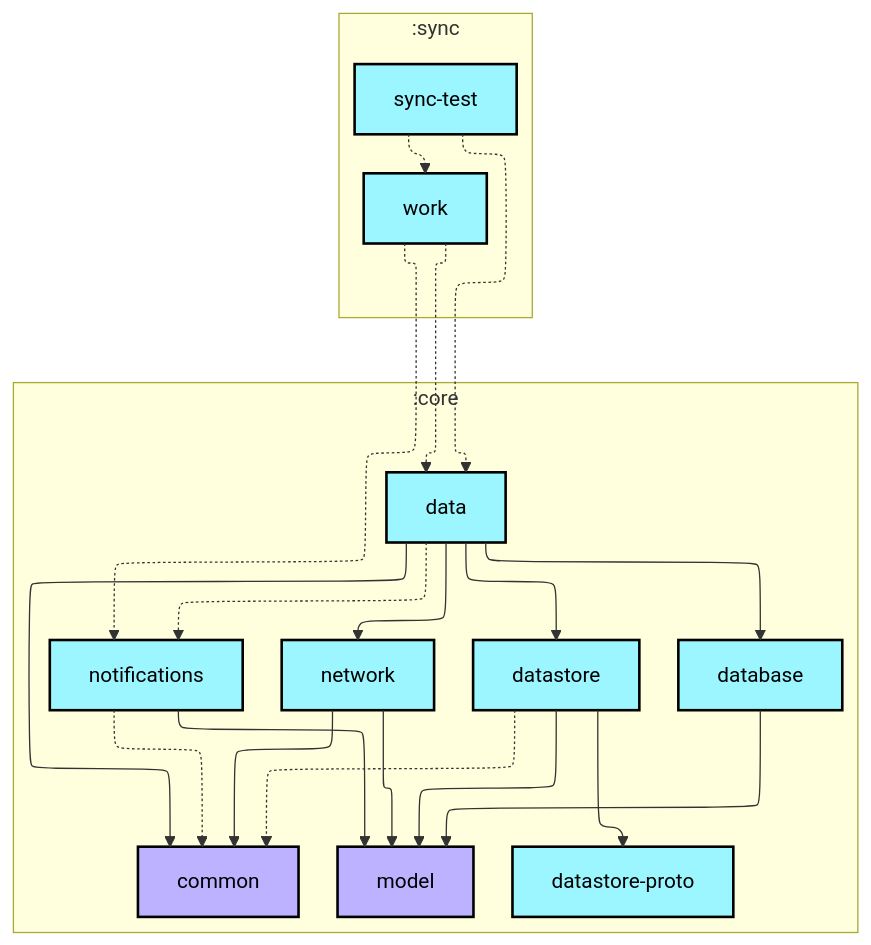
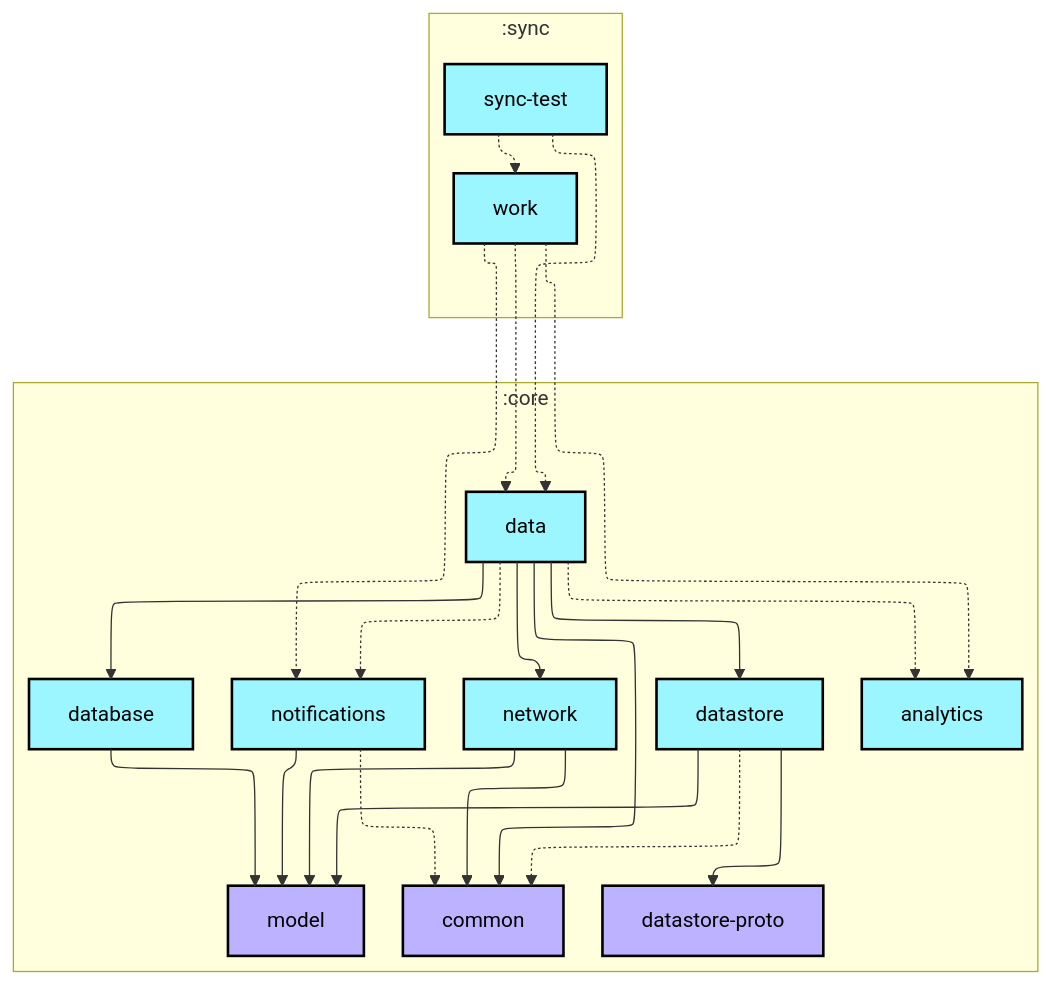
The first of 2 diagrams in sync/sync-test/README.md (AshishMK/JetUpdates), drawn with Mermaid before and after one commit. The commit also changed 301 other files, not shown here.

````diff
--- a/sync/sync-test/README.md
+++ b/sync/sync-test/README.md
@@ -6,50 +6,53 @@
 ```mermaid
 ---
 config:
   layout: elk
   elk:
     nodePlacementStrategy: SIMPLE
 ---
 graph TB
-  subgraph :core
-    direction TB
-    :core:common[common]:::jvm-library
-    :core:data[data]:::android-library
-    :core:database[database]:::android-library
-    :core:datastore[datastore]:::android-library
-    :core:datastore-proto[datastore-proto]:::android-library
-    :core:model[model]:::jvm-library
-    :core:network[network]:::android-library
-    :core:notifications[notifications]:::android-library
-  end
   subgraph :sync
     direction TB
     :sync:sync-test[sync-test]:::android-library
     :sync:work[work]:::android-library
   end
+  subgraph :core
+    direction TB
+    :core:analytics[analytics]:::android-library
+    :core:common[common]:::jvm-library
+    :core:data[data]:::android-library
+    :core:database[database]:::android-library
+    :core:datastore[datastore]:::android-library
+    :core:datastore-proto[datastore-proto]:::jvm-library
+    :core:model[model]:::jvm-library
+    :core:network[network]:::android-library
+    :core:notifications[notifications]:::android-library
+  end
 
+  :core:data -.-> :core:analytics
   :core:data --> :core:common
   :core:data --> :core:database
   :core:data --> :core:datastore
   :core:data --> :core:network
   :core:data -.-> :core:notifications
   :core:database --> :core:model
   :core:datastore -.-> :core:common
   :core:datastore --> :core:datastore-proto
   :core:datastore --> :core:model
   :core:network --> :core:common
   :core:network --> :core:model
   :core:notifications -.-> :core:common
   :core:notifications --> :core:model
   :sync:sync-test -.-> :core:data
   :sync:sync-test -.-> :sync:work
+  :sync:work -.-> :core:analytics
   :sync:work -.-> :core:data
   :sync:work -.-> :core:notifications
 
 classDef android-application fill:#CAFFBF,stroke:#000,stroke-width:2px,color:#000;
 classDef android-feature fill:#FFD6A5,stroke:#000,stroke-width:2px,color:#000;
 classDef android-library fill:#9BF6FF,stroke:#000,stroke-width:2px,color:#000;
 classDef android-test fill:#A0C4FF,stroke:#000,stroke-width:2px,color:#000;
 classDef jvm-library fill:#BDB2FF,stroke:#000,stroke-width:2px,color:#000;
 classDef unknown fill:#FFADAD,stroke:#000,stroke-width:2px,color:#000;
 ```
````
